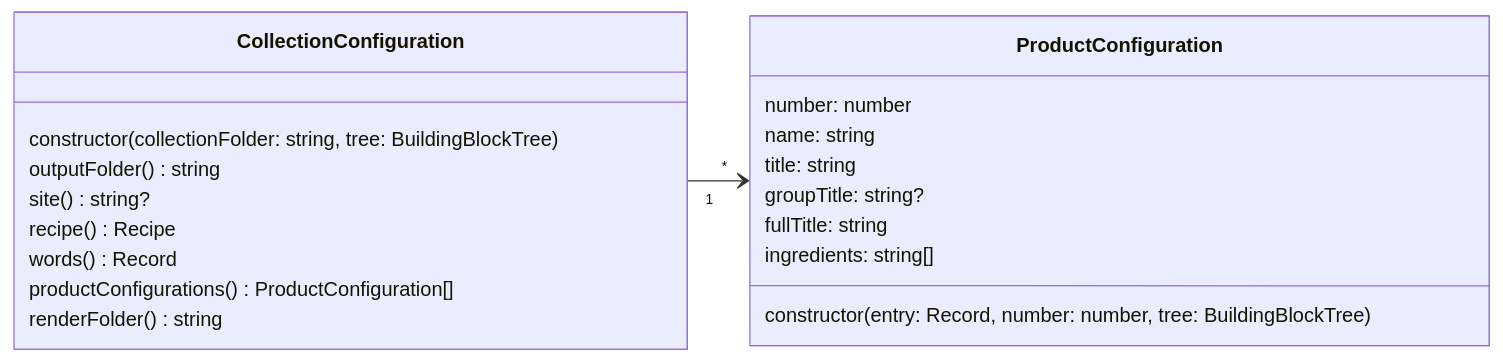
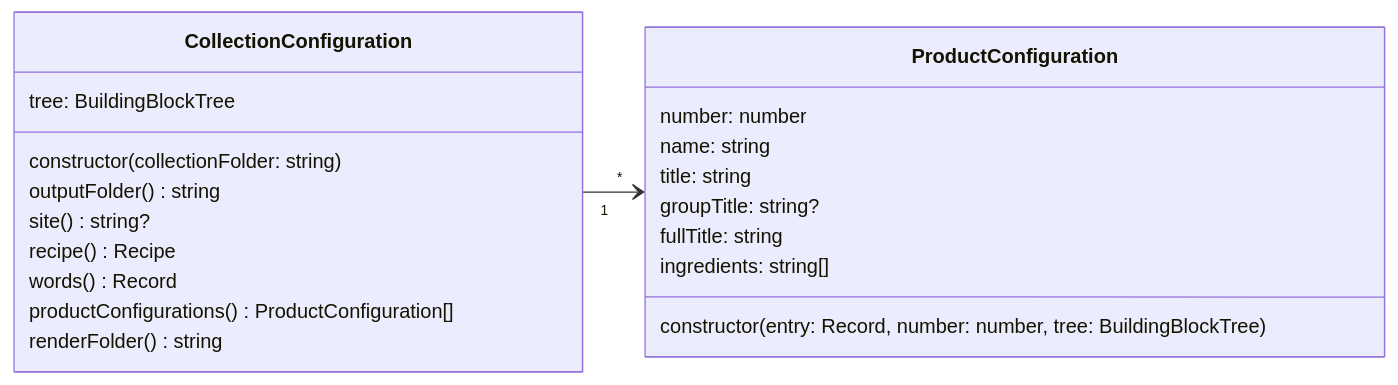
The fourth of 6 diagrams in DESIGN.md (matthiasbaitsch/quarto-loi-moi), drawn with Mermaid before and after one commit. The commit also changed other lines of this file and 9 other files, not shown here.

````diff
--- a/DESIGN.md
+++ b/DESIGN.md
@@ -178,23 +178,24 @@
 ```mermaid
 classDiagram
   direction LR
   CollectionConfiguration "1" --> "*" ProductConfiguration
   class CollectionConfiguration {
-    constructor(collectionFolder: string, tree: BuildingBlockTree)
+    tree: BuildingBlockTree
+    constructor(collectionFolder: string)
     outputFolder() string
     site() string?
     recipe() Recipe
     words() Record
     productConfigurations() ProductConfiguration[]
     renderFolder() string
   }
   class ProductConfiguration {
     number: number
     name: string
     title: string
     groupTitle: string?
     fullTitle: string
     ingredients: string[]
     constructor(entry: Record, number: number, tree: BuildingBlockTree)
   }
 ```
````
